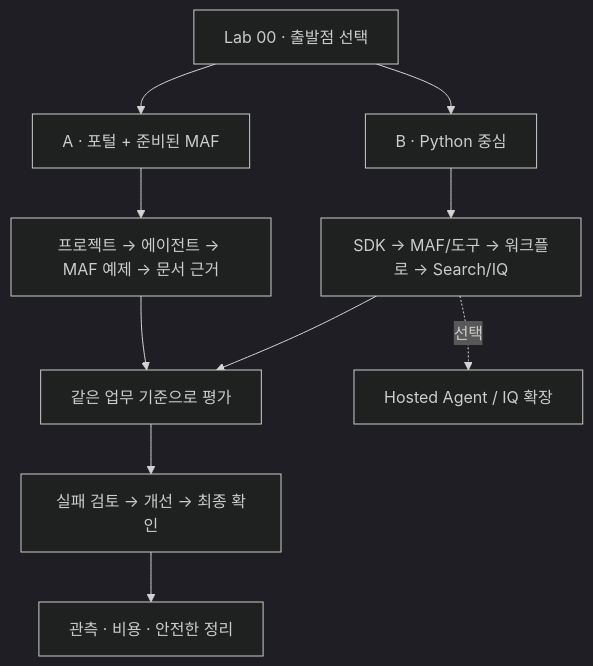
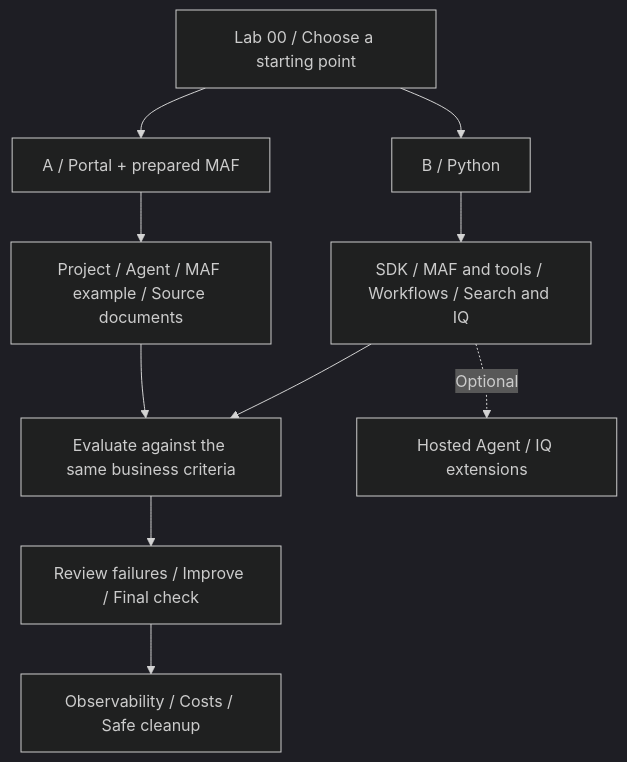
One commit to junwoojeong100/microsoft-foundry-v2-labs changed the diagram in docs/index.md. Above: the diagram before and after it, drawn with Mermaid (dark theme). The commit also changed other lines of this file and 68 other files, not shown here.

````diff
--- a/docs/index.md
+++ b/docs/index.md
@@ -27,12 +32,12 @@
 ```mermaid
 flowchart TD
-    S["Lab 00 · 출발점 선택"] --> A["A · 포털 + 준비된 MAF"]
-    S --> B["B · Python 중심"]
-    A --> P["프로젝트 → 에이전트 → MAF 예제 → 문서 근거"]
-    B --> C["SDK → MAF/도구 → 워크플로 → Search/IQ"]
-    P --> E["같은 업무 기준으로 평가"]
+    S["Lab 00 / Choose a starting point"] --> A["A / Portal + prepared MAF"]
+    S --> B["B / Python"]
+    A --> P["Project / Agent / MAF example / Source documents"]
+    B --> C["SDK / MAF and tools / Workflows / Search and IQ"]
+    P --> E["Evaluate against the same business criteria"]
     C --> E
-    E --> R["실패 검토 → 개선 → 최종 확인"]
-    R --> O["관측 · 비용 · 안전한 정리"]
-    C -. "선택" .-> H["Hosted Agent / IQ 확장"]
+    E --> R["Review failures / Improve / Final check"]
+    R --> O["Observability / Costs / Safe cleanup"]
+    C -. "Optional" .-> H["Hosted Agent / IQ extensions"]
 ```
````
